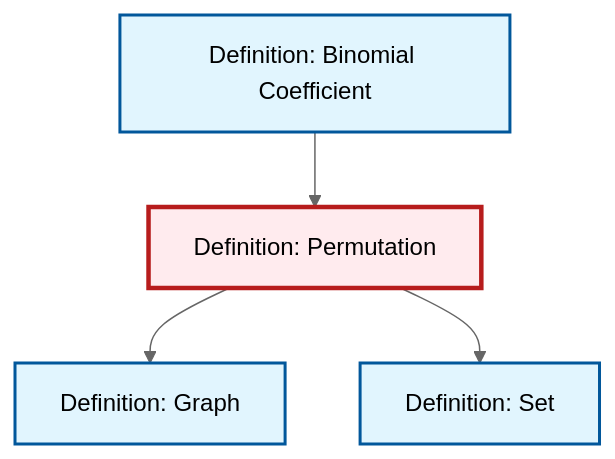
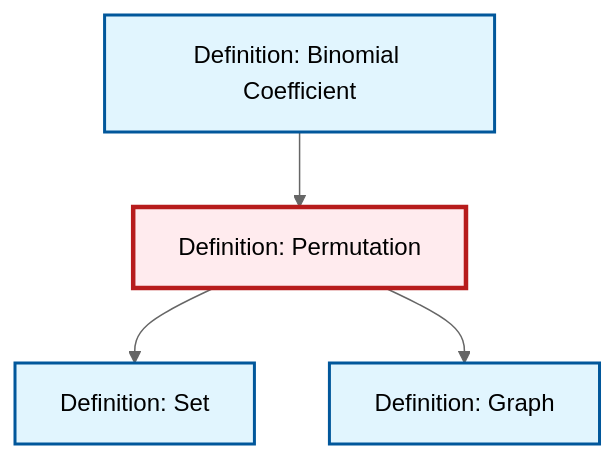
One commit to RK0429/ModernMath changed the diagram in content/ja/combinatorics/def-permutation.qmd. Above: the diagram before and after it, drawn with Mermaid (neutral theme). The commit also changed other lines of this file and 531 other files, not shown here.

````diff
--- a/content/ja/combinatorics/def-permutation.qmd
+++ b/content/ja/combinatorics/def-permutation.qmd
@@ -53,20 +53,20 @@
 ```{mermaid}
 %%| fig-cap: "Local dependency graph"
 graph TD
     classDef definition fill:#e1f5fe,stroke:#01579b,stroke-width:2px
     classDef theorem fill:#f3e5f5,stroke:#4a148c,stroke-width:2px
     classDef axiom fill:#fff3e0,stroke:#e65100,stroke-width:2px
     classDef example fill:#e8f5e9,stroke:#1b5e20,stroke-width:2px
     classDef current fill:#ffebee,stroke:#b71c1c,stroke-width:3px
+    def-binomial-coefficient["Definition: Binomial Coefficient"]:::definition
+    def-graph["Definition: Graph"]:::definition
     def-set["Definition: Set"]:::definition
-    def-graph["Definition: Graph"]:::definition
     def-permutation["Definition: Permutation"]:::definition
-    def-binomial-coefficient["Definition: Binomial Coefficient"]:::definition
+    def-permutation --> def-set
+    def-binomial-coefficient --> def-permutation
     def-permutation --> def-graph
-    def-binomial-coefficient --> def-permutation
-    def-permutation --> def-set
     class def-permutation current
+    click def-binomial-coefficient "def-binomial-coefficient.html" "Definition: Binomial Coefficientへ"
+    click def-graph "def-graph.html" "Definition: Graphへ"
     click def-set "def-set.html" "Definition: Setへ"
-    click def-graph "def-graph.html" "Definition: Graphへ"
-    click def-binomial-coefficient "def-binomial-coefficient.html" "Definition: Binomial Coefficientへ"
 ```
````
